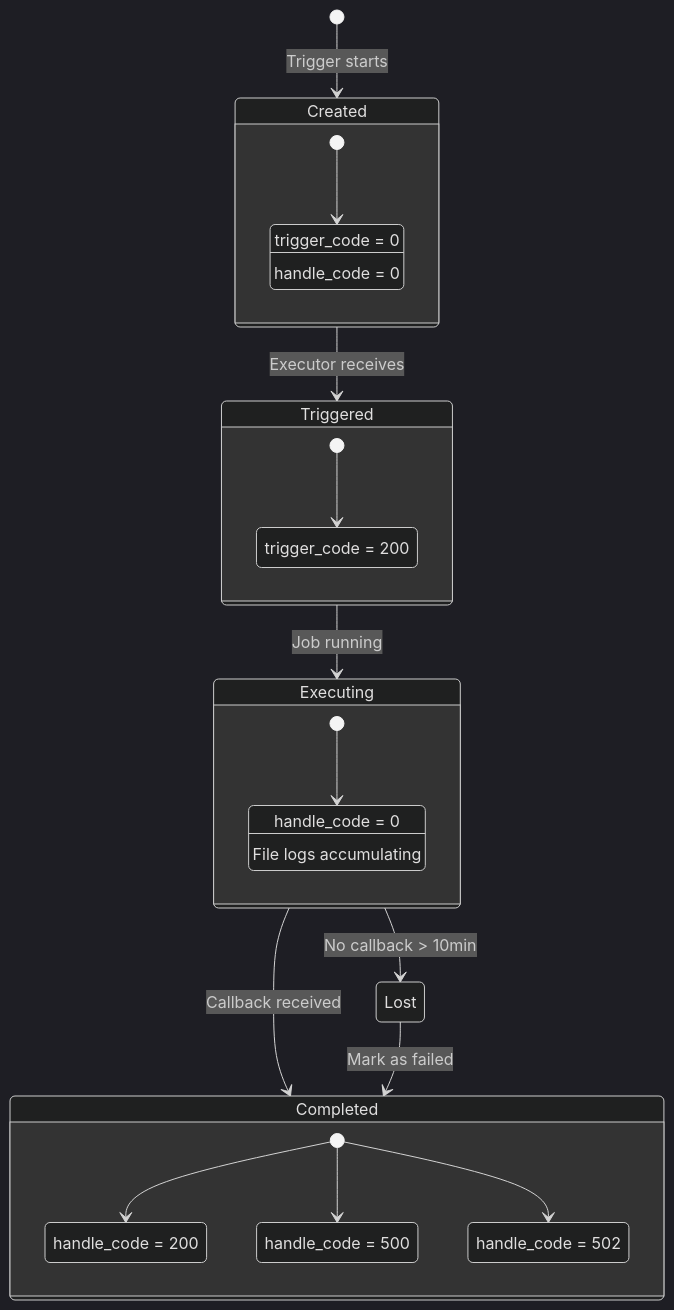
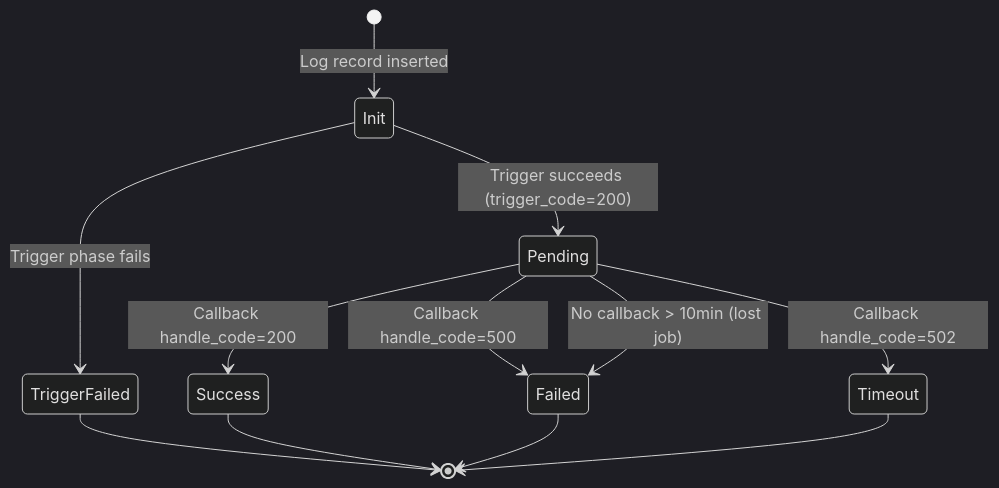
Before and after one commit to zombie12138/orth: the second of 8 diagrams in arch/05-log-management.md, drawn with Mermaid (dark theme). The commit also changed other lines of this file and 1 other file, not shown here.

Commit message:
docs(arch): add log status reference table and frontend architecture doc
- Update 05-log-management.md with 6-state status table (Init, Pending,
  Success, Timeout, Trigger Failed, Failed) mapping DB codes to UI
- Add status transition diagram and UI representation notes
- Create 11-frontend-architecture.md covering React SPA structure,
  state management, API layer, theming, and responsive patterns

````diff
--- a/arch/05-log-management.md
+++ b/arch/05-log-management.md
@@ -32,39 +64,17 @@
 ```mermaid
 stateDiagram-v2
-    [*] --> Created: Trigger starts
-    
-    state Created {
-        [*] --> InitialRecord
-        InitialRecord: trigger_code = 0
-        InitialRecord: handle_code = 0
-    }
-    
-    Created --> Triggered: Executor receives
-    
-    state Triggered {
-        [*] --> TriggerSuccess
-        TriggerSuccess: trigger_code = 200
-    }
-    
-    Triggered --> Executing: Job running
-    
-    state Executing {
-        [*] --> Running
-        Running: handle_code = 0
-        Running: File logs accumulating
-    }
-    
-    Executing --> Completed: Callback received
-    Executing --> Lost: No callback > 10min
-    
-    state Completed {
-        [*] --> Success
-        [*] --> Failed
-        [*] --> Timeout
-        Success: handle_code = 200
-        Failed: handle_code = 500
-        Timeout: handle_code = 502
-    }
-    
-    Lost --> Completed: Mark as failed
+    [*] --> Init: Log record inserted
+
+    Init --> TriggerFailed: Trigger phase fails
+    Init --> Pending: Trigger succeeds (trigger_code=200)
+
+    Pending --> Success: Callback handle_code=200
+    Pending --> Failed: Callback handle_code=500
+    Pending --> Timeout: Callback handle_code=502
+    Pending --> Failed: No callback > 10min (lost job)
+
+    TriggerFailed --> [*]
+    Success --> [*]
+    Failed --> [*]
+    Timeout --> [*]
 ```
````
